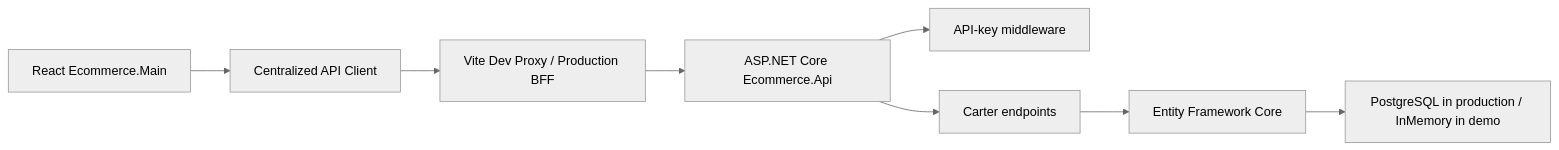
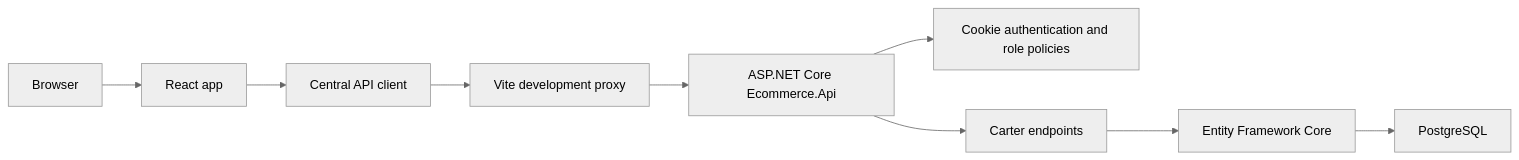
Before and after one commit to pa3cknavarro/SampleProjects: the diagram in Ecommerce.Main/HOW_IT_WORKS.md, drawn with Mermaid (neutral theme). The commit also changed other lines of this file and 105 other files, not shown here.

Commit message:
Complete ecommerce API and storefront integration

````diff
--- a/Ecommerce.Main/HOW_IT_WORKS.md
+++ b/Ecommerce.Main/HOW_IT_WORKS.md
@@ -9,10 +7,11 @@
 ```mermaid
 flowchart LR
-  Browser[React Ecommerce.Main] --> Client[Centralized API Client]
-  Client --> Proxy[Vite Dev Proxy / Production BFF]
+  Browser[Browser] --> React[React app]
+  React --> Client[Central API client]
+  Client --> Proxy[Vite development proxy]
   Proxy --> API[ASP.NET Core Ecommerce.Api]
-  API --> Auth[API-key middleware]
+  API --> Auth[Cookie authentication and role policies]
   API --> Carter[Carter endpoints]
   Carter --> EF[Entity Framework Core]
-  EF --> Database[PostgreSQL in production / InMemory in demo]
+  EF --> DB[PostgreSQL]
 ```
````
